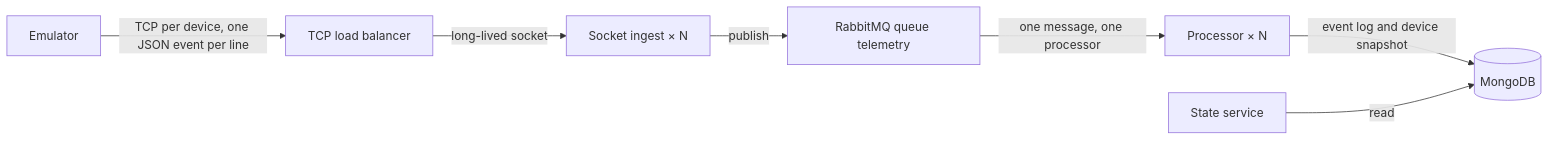
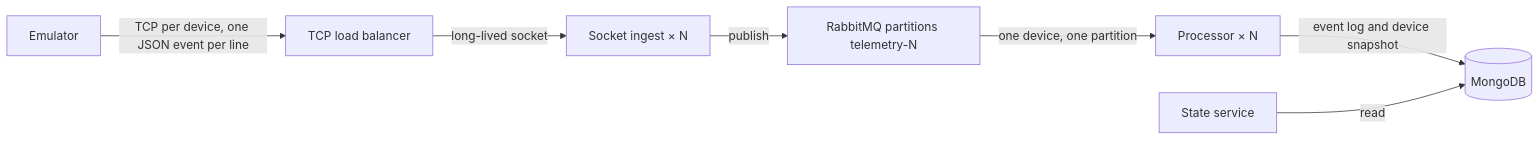
One commit to littlewhywhat/rabbitmq-exercise changed the diagram in docs/architecture.md. Above: the diagram before and after it, drawn with Mermaid. The commit also changed other lines of this file and 12 other files, not shown here.

First line of the commit message:
feat: keep each device on one queue (#12)

````diff
--- a/docs/architecture.md
+++ b/docs/architecture.md
@@ -3,17 +3,17 @@
 ```mermaid
 flowchart LR
   emulator[Emulator]
   lb["TCP load balancer"]
   ingest["Socket ingest × N"]
-  rabbit[RabbitMQ queue telemetry]
+  rabbit["RabbitMQ partitions telemetry-N"]
   processor["Processor × N"]
   mongo[(MongoDB)]
   state[State service]
 
   emulator -->|TCP per device, one JSON event per line| lb
   lb -->|long-lived socket| ingest
   ingest -->|publish| rabbit
-  rabbit -->|one message, one processor| processor
+  rabbit -->|one device, one partition| processor
   processor -->|event log and device snapshot| mongo
   state -->|read| mongo
 ```
````
